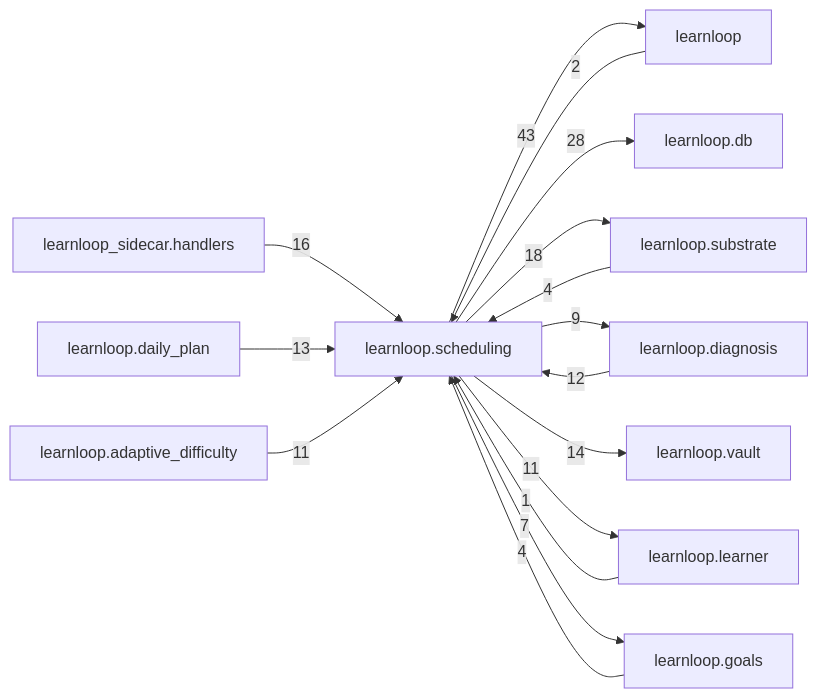
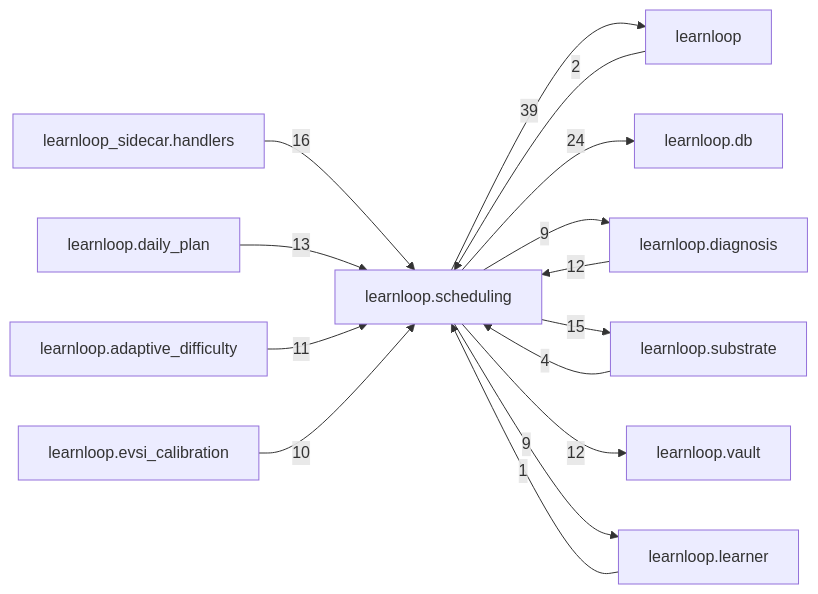
The diagram in docs/learnloop-architecture-vault/Reference/Modules/learnloop/scheduling/_package.md (6up-b/learnanything), drawn with Mermaid before and after one commit. The commit also changed other lines of this file and 66 other files, not shown here.

````diff
--- a/docs/learnloop-architecture-vault/Reference/Modules/learnloop/scheduling/_package.md
+++ b/docs/learnloop-architecture-vault/Reference/Modules/learnloop/scheduling/_package.md
@@ -188,29 +177,28 @@
 ```mermaid
 flowchart LR
     center["learnloop.scheduling"]
     n_learnloop["learnloop"]
     n_learnloop_db["learnloop.db"]
+    n_learnloop_diagnosis["learnloop.diagnosis"]
     n_learnloop_substrate["learnloop.substrate"]
-    n_learnloop_diagnosis["learnloop.diagnosis"]
     n_learnloop_sidecar_handlers["learnloop_sidecar.handlers"]
+    n_learnloop_daily_plan["learnloop.daily_plan"]
     n_learnloop_vault["learnloop.vault"]
-    n_learnloop_daily_plan["learnloop.daily_plan"]
+    n_learnloop_adaptive_difficulty["learnloop.adaptive_difficulty"]
+    n_learnloop_evsi_calibration["learnloop.evsi_calibration"]
     n_learnloop_learner["learnloop.learner"]
-    n_learnloop_adaptive_difficulty["learnloop.adaptive_difficulty"]
-    n_learnloop_goals["learnloop.goals"]
     n_learnloop -->|2| center
-    center -->|43| n_learnloop
-    center -->|28| n_learnloop_db
-    n_learnloop_substrate -->|4| center
-    center -->|18| n_learnloop_substrate
+    center -->|39| n_learnloop
+    center -->|24| n_learnloop_db
     n_learnloop_diagnosis -->|12| center
     center -->|9| n_learnloop_diagnosis
+    n_learnloop_substrate -->|4| center
+    center -->|15| n_learnloop_substrate
     n_learnloop_sidecar_handlers -->|16| center
-    center -->|14| n_learnloop_vault
     n_learnloop_daily_plan -->|13| center
+    center -->|12| n_learnloop_vault
+    n_learnloop_adaptive_difficulty -->|11| center
+    n_learnloop_evsi_calibration -->|10| center
     n_learnloop_learner -->|1| center
-    center -->|11| n_learnloop_learner
-    n_learnloop_adaptive_difficulty -->|11| center
-    n_learnloop_goals -->|4| center
-    center -->|7| n_learnloop_goals
+    center -->|9| n_learnloop_learner
 ```
````
